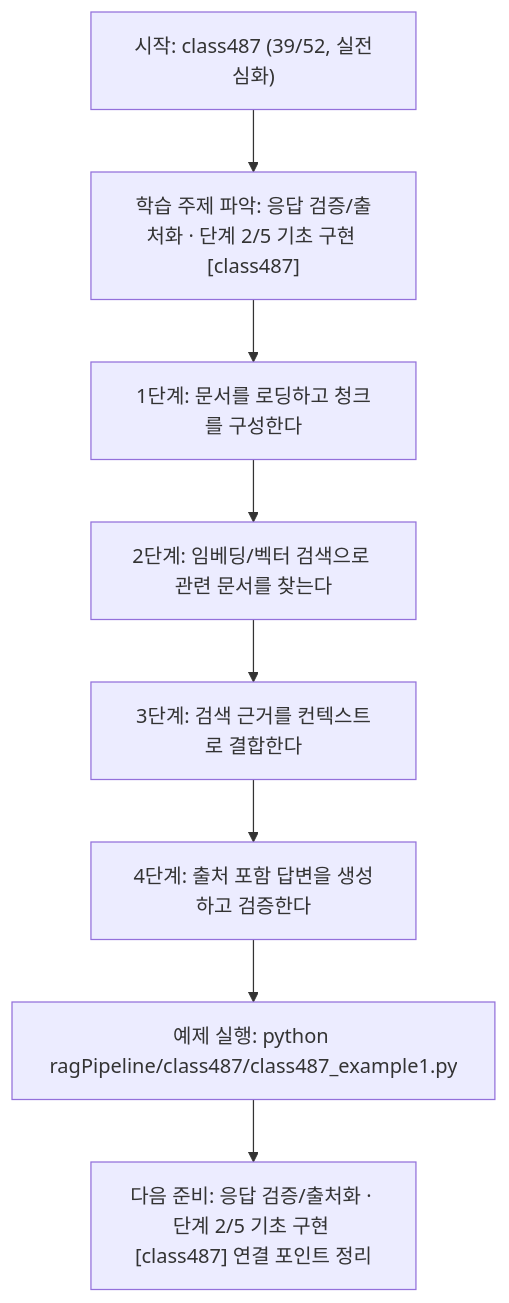
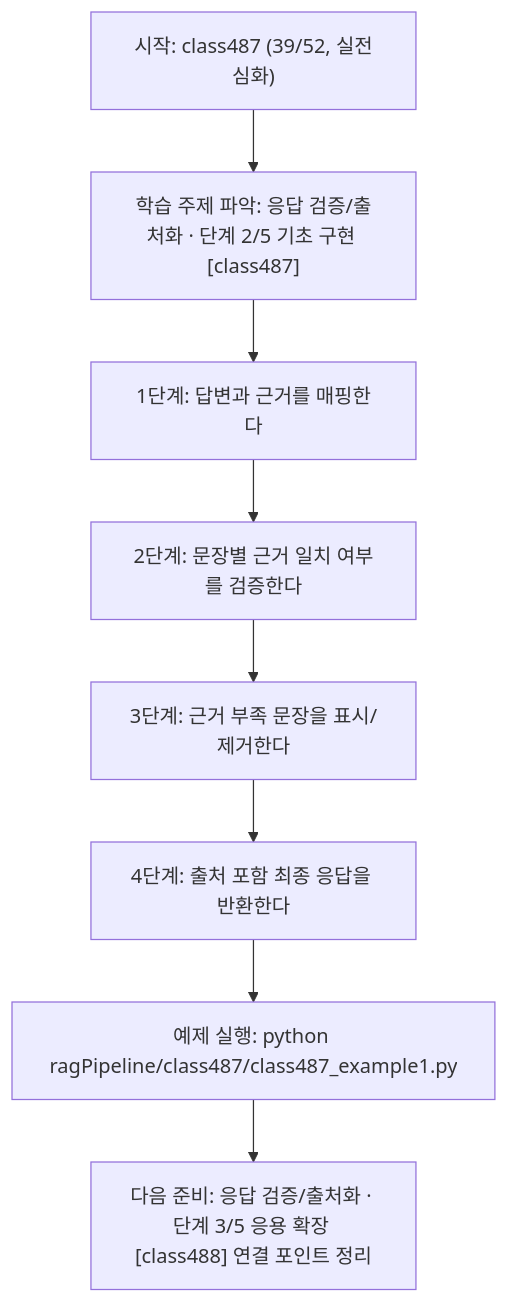
One commit to edumgt/Python-AI_Agent-Class changed the diagram in ragPipeline/class487/class487.md. Above: the diagram before and after it, drawn with Mermaid. The commit also changed other lines of this file and 367 other files, not shown here.

````diff
--- a/ragPipeline/class487/class487.md
+++ b/ragPipeline/class487/class487.md
@@ -111,18 +92,18 @@
 ```mermaid
 flowchart TD
 N1["시작: class487 (39/52, 실전심화)"]
 N2["학습 주제 파악: 응답 검증/출처화 · 단계 2/5 기초 구현 [class487]"]
-N3["1단계: 문서를 로딩하고 청크를 구성한다"]
-N4["2단계: 임베딩/벡터 검색으로 관련 문서를 찾는다"]
-N5["3단계: 검색 근거를 컨텍스트로 결합한다"]
-N6["4단계: 출처 포함 답변을 생성하고 검증한다"]
+N3["1단계: 답변과 근거를 매핑한다"]
+N4["2단계: 문장별 근거 일치 여부를 검증한다"]
+N5["3단계: 근거 부족 문장을 표시/제거한다"]
+N6["4단계: 출처 포함 최종 응답을 반환한다"]
 N7["예제 실행: python ragPipeline/class487/class487_example1.py"]
-N8["다음 준비: 응답 검증/출처화 · 단계 2/5 기초 구현 [class487] 연결 포인트 정리"]
+N8["다음 준비: 응답 검증/출처화 · 단계 3/5 응용 확장 [class488] 연결 포인트 정리"]
 N1 --> N2
 N2 --> N3
 N3 --> N4
 N4 --> N5
 N5 --> N6
 N6 --> N7
 N7 --> N8
 ```
````
